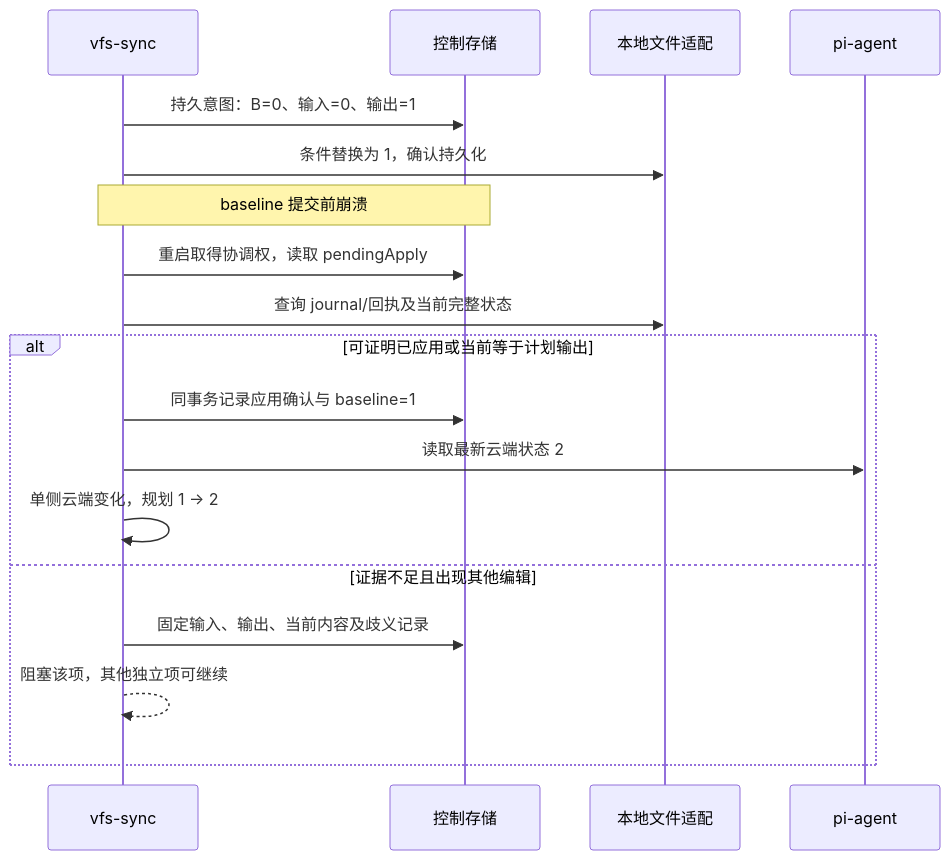
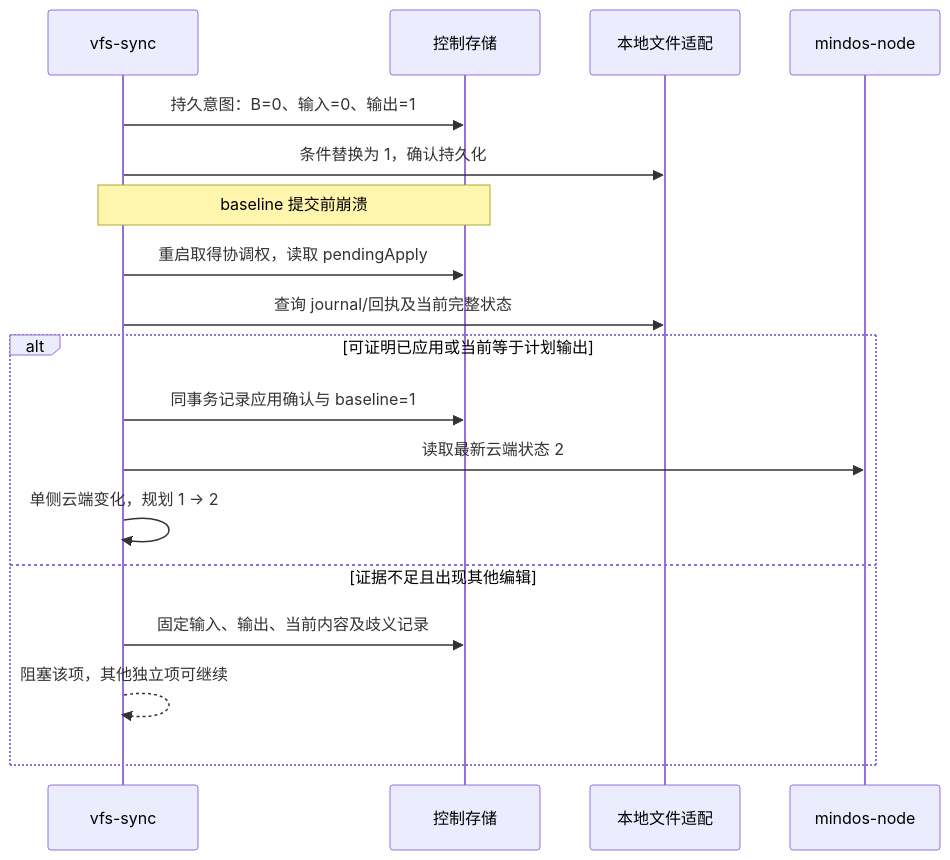
The sixth of 6 diagrams in doc/design/project-sync.md (mushuanli/NestOS), drawn with Mermaid before and after one commit. The commit also changed other lines of this file and 113 other files, not shown here.

Commit message:
refactor(mindos-node): migrate service and client naming across workspaces

````diff
--- a/doc/design/project-sync.md
+++ b/doc/design/project-sync.md
@@ -1018,20 +1018,20 @@
 ```mermaid
 sequenceDiagram
     participant C as vfs-sync
     participant J as 控制存储
     participant F as 本地文件适配
-    participant S as pi-agent
+    participant S as mindos-node
     C->>J: 持久意图：B=0、输入=0、输出=1
     C->>F: 条件替换为 1，确认持久化
     Note over C,J: baseline 提交前崩溃
     C->>J: 重启取得协调权，读取 pendingApply
     C->>F: 查询 journal/回执及当前完整状态
     alt 可证明已应用或当前等于计划输出
         C->>J: 同事务记录应用确认与 baseline=1
         C->>S: 读取最新云端状态 2
         C->>C: 单侧云端变化，规划 1 → 2
     else 证据不足且出现其他编辑
         C->>J: 固定输入、输出、当前内容及歧义记录
         C-->>C: 阻塞该项，其他独立项可继续
     end
 ```
````
